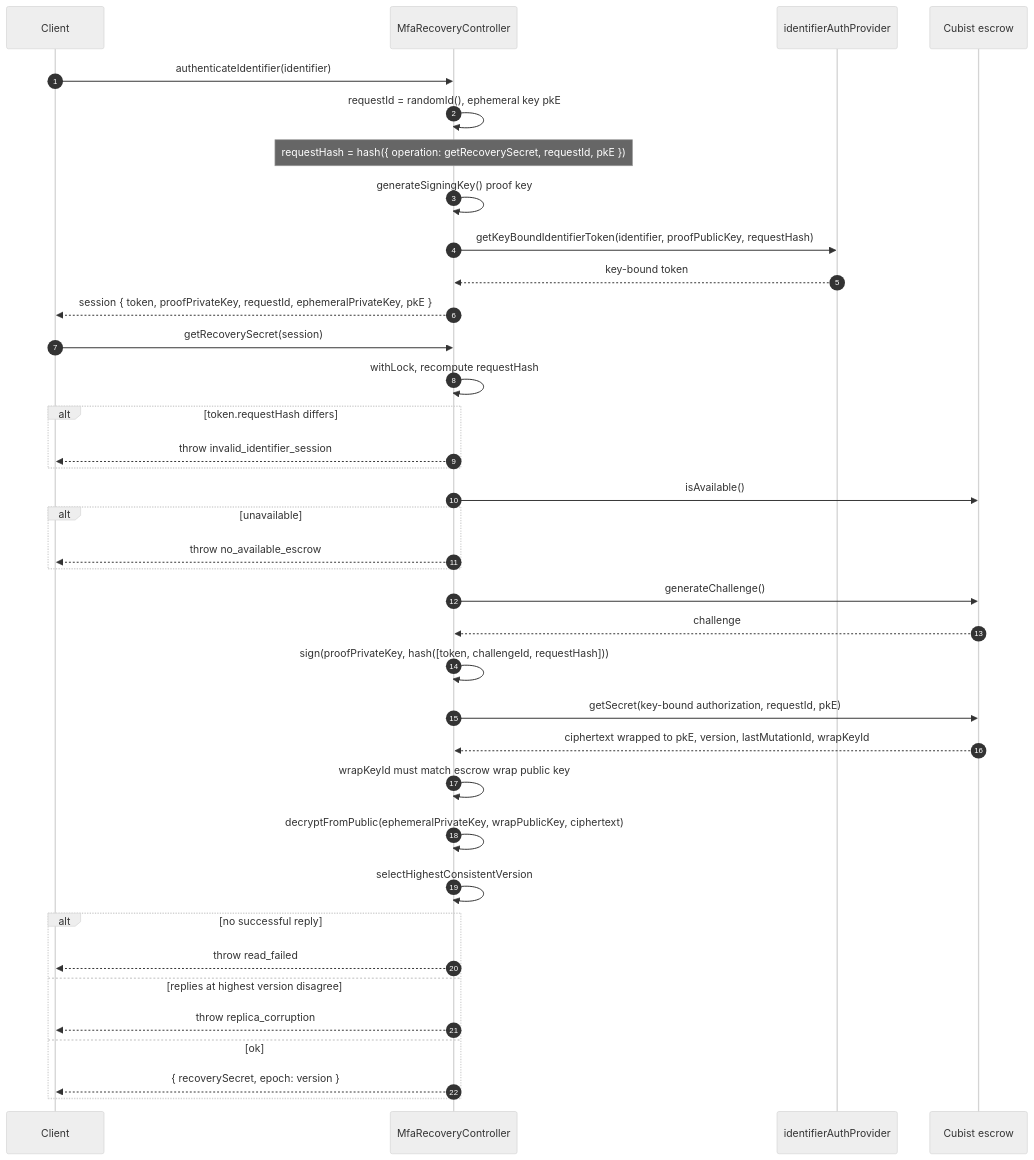
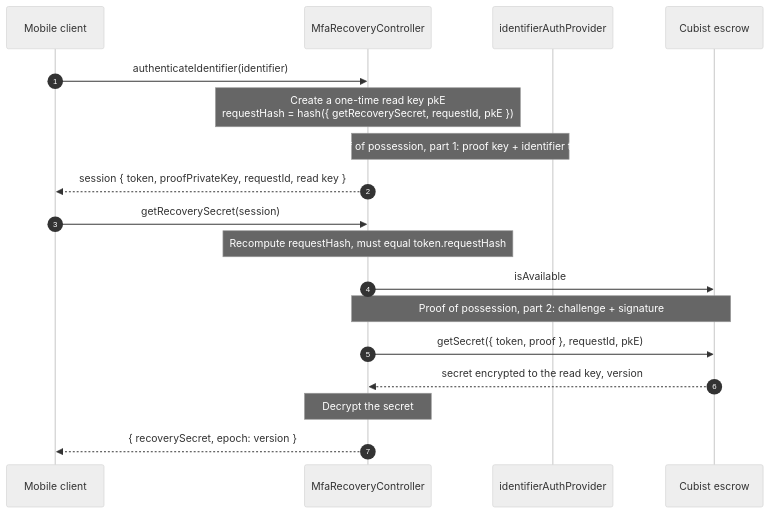
The fifth of 5 diagrams in packages/mfa-recovery-controller/CUBIST_TEST_SEQUENCE.md (MetaMask/core), drawn with Mermaid (neutral theme) before and after one commit. The commit also changed other lines of this file, not shown here.

First line of the commit message:
docs(mfa-recovery-controller): refine CUBIST_TEST_SEQUENCE.md for mobile developer test clarity

````diff
--- a/packages/mfa-recovery-controller/CUBIST_TEST_SEQUENCE.md
+++ b/packages/mfa-recovery-controller/CUBIST_TEST_SEQUENCE.md
@@ -245,41 +171,22 @@
 ```mermaid
 sequenceDiagram
   autonumber
-  participant Client
+  participant Mobile as Mobile client
   participant C as MfaRecoveryController
   participant Id as identifierAuthProvider
-  participant Escrow as Cubist escrow
+  participant Cubist as Cubist escrow
 
-  Client->>C: authenticateIdentifier(identifier)
-  C->>C: requestId = randomId(), ephemeral key pkE
-  Note over C: requestHash = hash({ operation: getRecoverySecret, requestId, pkE })
-  C->>C: generateSigningKey() proof key
-  C->>Id: getKeyBoundIdentifierToken(identifier, proofPublicKey, requestHash)
-  Id-->>C: key-bound token
-  C-->>Client: session { token, proofPrivateKey, requestId, ephemeralPrivateKey, pkE }
+  Mobile->>C: authenticateIdentifier(identifier)
+  Note over C: Create a one-time read key pkE<br/>requestHash = hash({ getRecoverySecret, requestId, pkE })
+  Note over C,Id: Proof of possession, part 1: proof key + identifier token
+  C-->>Mobile: session { token, proofPrivateKey, requestId, read key }
 
-  Client->>C: getRecoverySecret(session)
-  C->>C: withLock, recompute requestHash
-  alt token.requestHash differs
-    C-->>Client: throw invalid_identifier_session
-  end
-  C->>Escrow: isAvailable()
-  alt unavailable
-    C-->>Client: throw no_available_escrow
-  end
-  C->>Escrow: generateChallenge()
-  Escrow-->>C: challenge
-  C->>C: sign(proofPrivateKey, hash([token, challengeId, requestHash]))
-  C->>Escrow: getSecret(key-bound authorization, requestId, pkE)
-  Escrow-->>C: ciphertext wrapped to pkE, version, lastMutationId, wrapKeyId
-  C->>C: wrapKeyId must match escrow wrap public key
-  C->>C: decryptFromPublic(ephemeralPrivateKey, wrapPublicKey, ciphertext)
-  C->>C: selectHighestConsistentVersion
-  alt no successful reply
-    C-->>Client: throw read_failed
-  else replies at highest version disagree
-    C-->>Client: throw replica_corruption
-  else ok
-    C-->>Client: { recoverySecret, epoch: version }
-  end
+  Mobile->>C: getRecoverySecret(session)
+  Note over C: Recompute requestHash, must equal token.requestHash
+  C->>Cubist: isAvailable
+  Note over C,Cubist: Proof of possession, part 2: challenge + signature
+  C->>Cubist: getSecret({ token, proof }, requestId, pkE)
+  Cubist-->>C: secret encrypted to the read key, version
+  Note over C: Decrypt the secret
+  C-->>Mobile: { recoverySecret, epoch: version }
 ```
````
